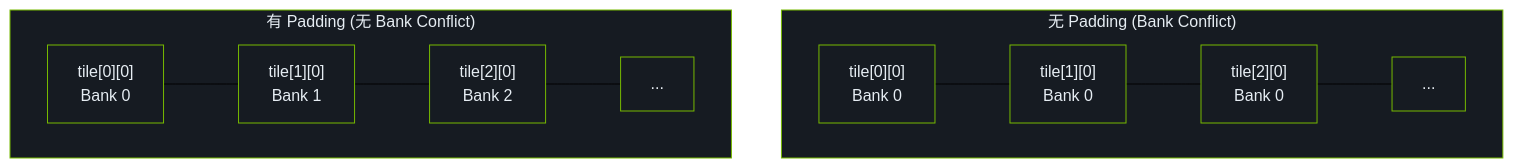
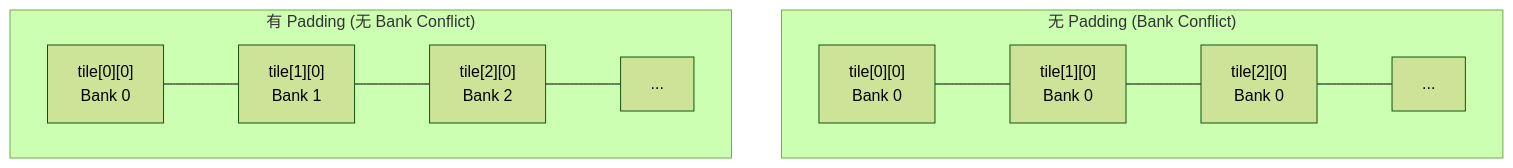
Before and after one commit to LessUp/cuda-kernel-academy: the diagram in docs/zh/modules/01/sgemm-bank-conflict.md, drawn with Mermaid (forest theme). The commit also changed 45 other files, not shown here.

````diff
--- a/docs/zh/modules/01/sgemm-bank-conflict.md
+++ b/docs/zh/modules/01/sgemm-bank-conflict.md
@@ -47,23 +47,13 @@
 ```mermaid
 flowchart TB
     subgraph NoPadding["无 Padding (Bank Conflict)"]
         direction LR
         N0["tile[0][0]<br/>Bank 0"] --- N1["tile[1][0]<br/>Bank 0"] --- N2["tile[2][0]<br/>Bank 0"] --- N3["..."]
     end
 
     subgraph WithPadding["有 Padding (无 Bank Conflict)"]
         direction LR
         P0["tile[0][0]<br/>Bank 0"] --- P1["tile[1][0]<br/>Bank 1"] --- P2["tile[2][0]<br/>Bank 2"] --- P3["..."]
     end
 
-    style NoPadding fill:#161b22,stroke:#76B900,color:#e6edf3
-    style WithPadding fill:#161b22,stroke:#76B900,color:#e6edf3
-    style N0 fill:#161b22,stroke:#76B900,color:#e6edf3
-    style N1 fill:#161b22,stroke:#76B900,color:#e6edf3
-    style N2 fill:#161b22,stroke:#76B900,color:#e6edf3
-    style N3 fill:#161b22,stroke:#76B900,color:#e6edf3
-    style P0 fill:#161b22,stroke:#76B900,color:#e6edf3
-    style P1 fill:#161b22,stroke:#76B900,color:#e6edf3
-    style P2 fill:#161b22,stroke:#76B900,color:#e6edf3
-    style P3 fill:#161b22,stroke:#76B900,color:#e6edf3
 ```
````
